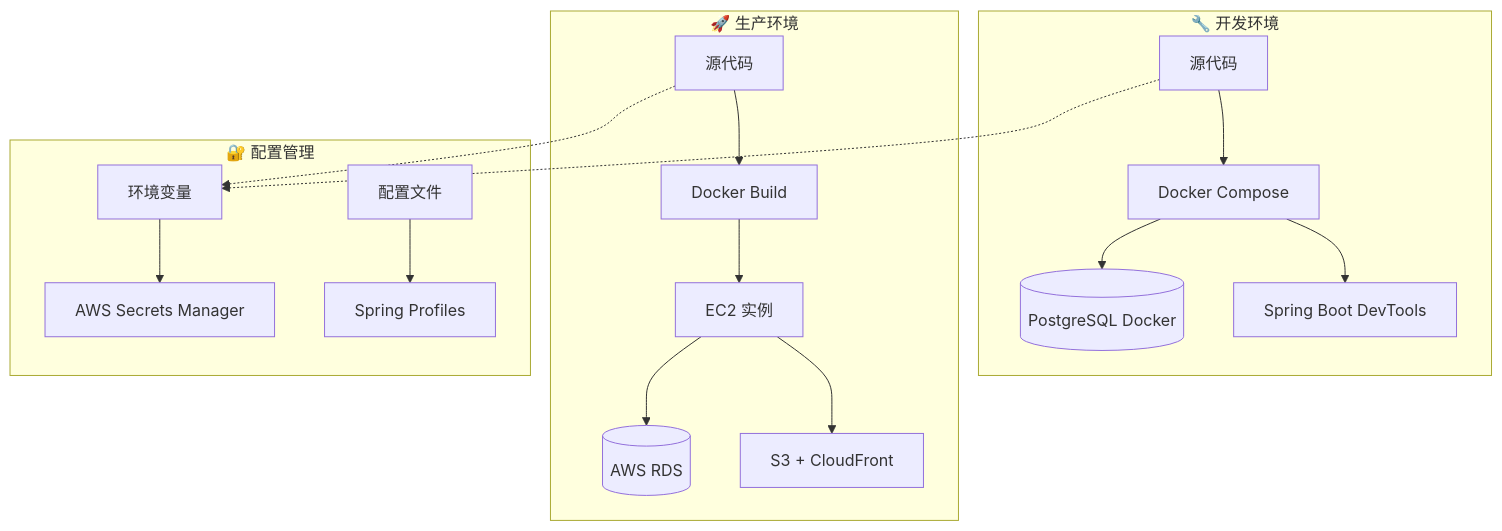
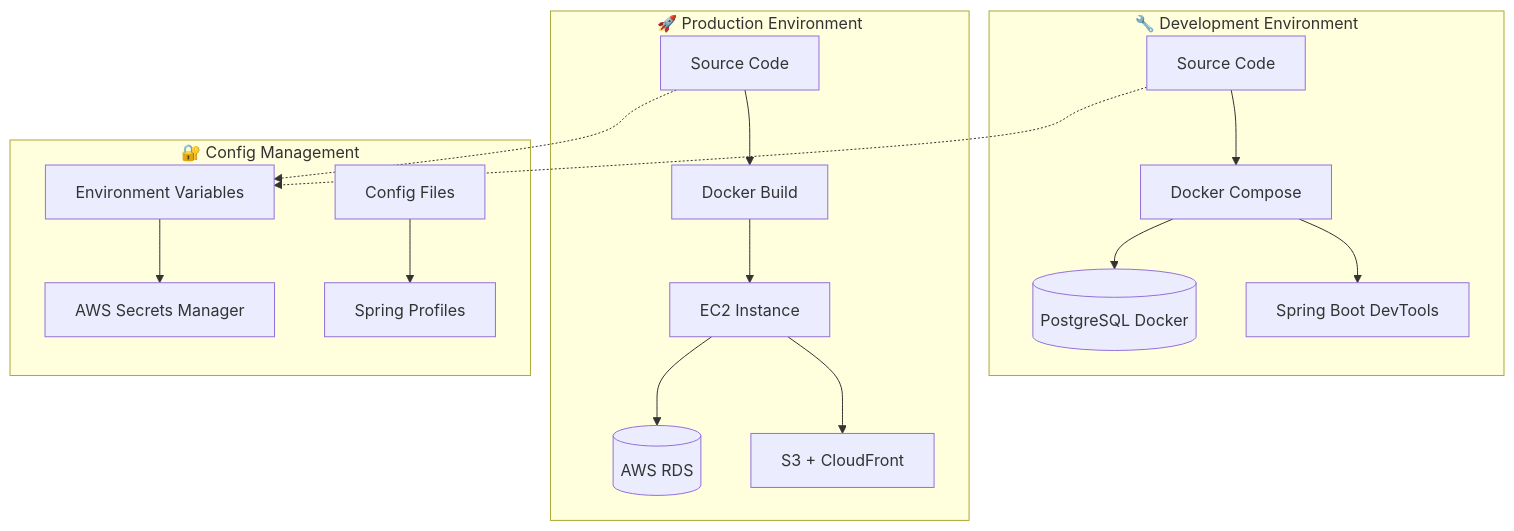
Before and after one commit to MX0100/weblog: the diagram in ENTERPRISE-ENV-MANAGEMENT.md, drawn with Mermaid. The commit also changed other lines of this file and 10 other files, not shown here.

````diff
--- a/ENTERPRISE-ENV-MANAGEMENT.md
+++ b/ENTERPRISE-ENV-MANAGEMENT.md
@@ -27,23 +27,23 @@
 ```mermaid
 graph TB
-    subgraph "🔧 开发环境"
-        Dev_Code[源代码] --> Dev_Docker[Docker Compose]
+    subgraph "🔧 Development Environment"
+        Dev_Code[Source Code] --> Dev_Docker[Docker Compose]
         Dev_Docker --> Dev_DB[(PostgreSQL Docker)]
         Dev_Docker --> Dev_App[Spring Boot DevTools]
     end
 
-    subgraph "🚀 生产环境"
-        Prod_Code[源代码] --> Prod_Build[Docker Build]
-        Prod_Build --> Prod_EC2[EC2 实例]
+    subgraph "🚀 Production Environment"
+        Prod_Code[Source Code] --> Prod_Build[Docker Build]
+        Prod_Build --> Prod_EC2[EC2 Instance]
         Prod_EC2 --> Prod_RDS[(AWS RDS)]
         Prod_EC2 --> Prod_S3[S3 + CloudFront]
     end
 
-    subgraph "🔐 配置管理"
-        Env_Vars[环境变量] --> Secrets[AWS Secrets Manager]
-        Config_Files[配置文件] --> Profiles[Spring Profiles]
+    subgraph "🔐 Config Management"
+        Env_Vars[Environment Variables] --> Secrets[AWS Secrets Manager]
+        Config_Files[Config Files] --> Profiles[Spring Profiles]
     end
 
     Dev_Code -.-> Env_Vars
     Prod_Code -.-> Env_Vars
 ```
````
